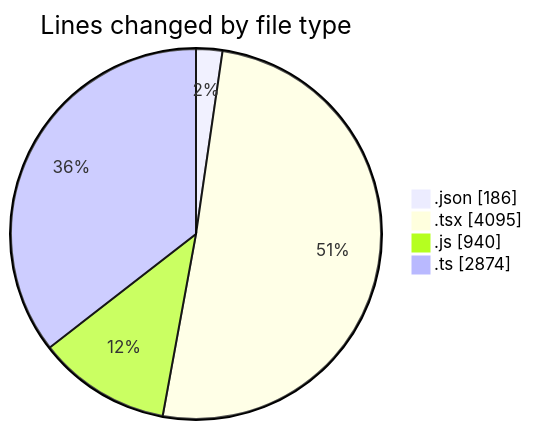
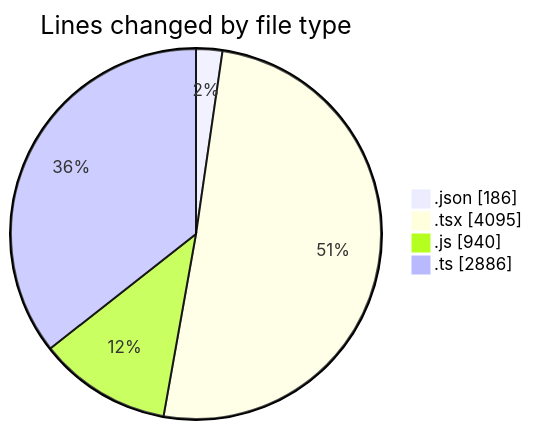
The first of 2 diagrams in 2026-07-14/cda/README.md (momahboobian/code-tracking), drawn with Mermaid before and after one commit. The commit also changed other lines of this file and 1 other file, not shown here.

````diff
--- a/2026-07-14/cda/README.md
+++ b/2026-07-14/cda/README.md
@@ -53,8 +53,8 @@
 ```mermaid
 pie showData
 title Lines changed by file type
 ".json" : 186
 ".tsx" : 4095
 ".js" : 940
-".ts" : 2874
+".ts" : 2886
 ```
````
